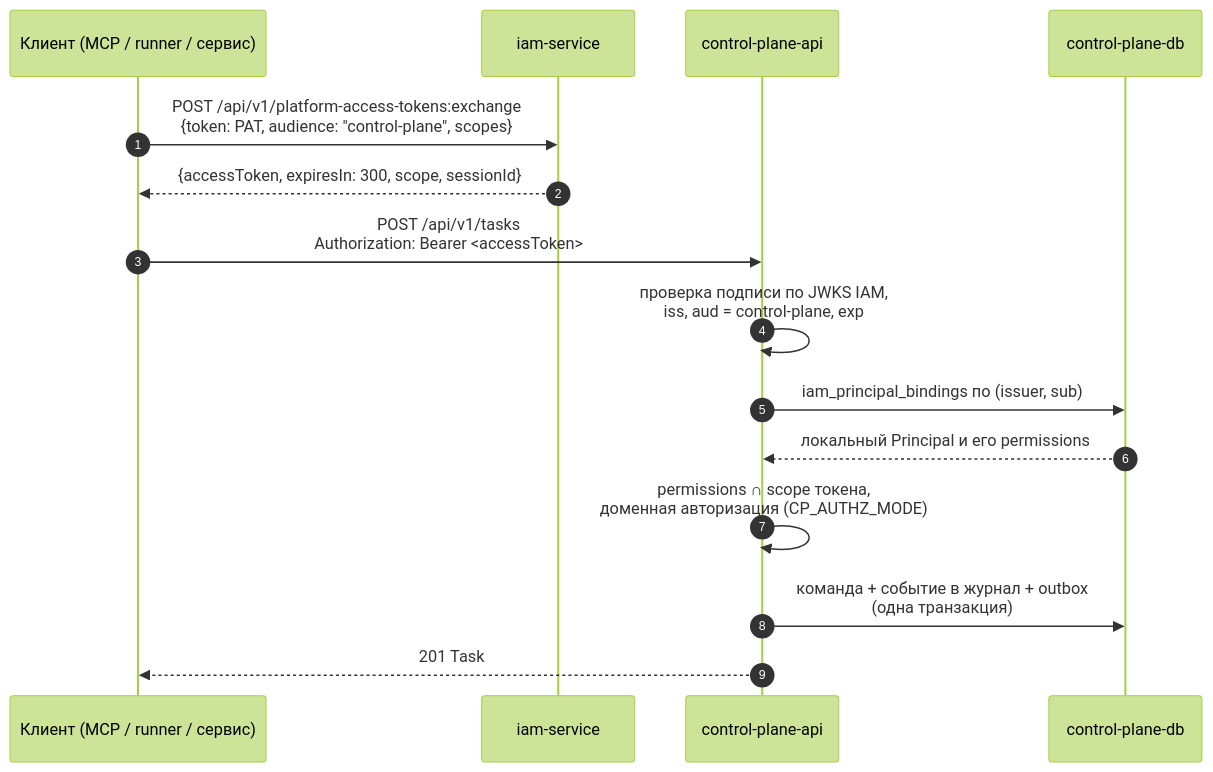
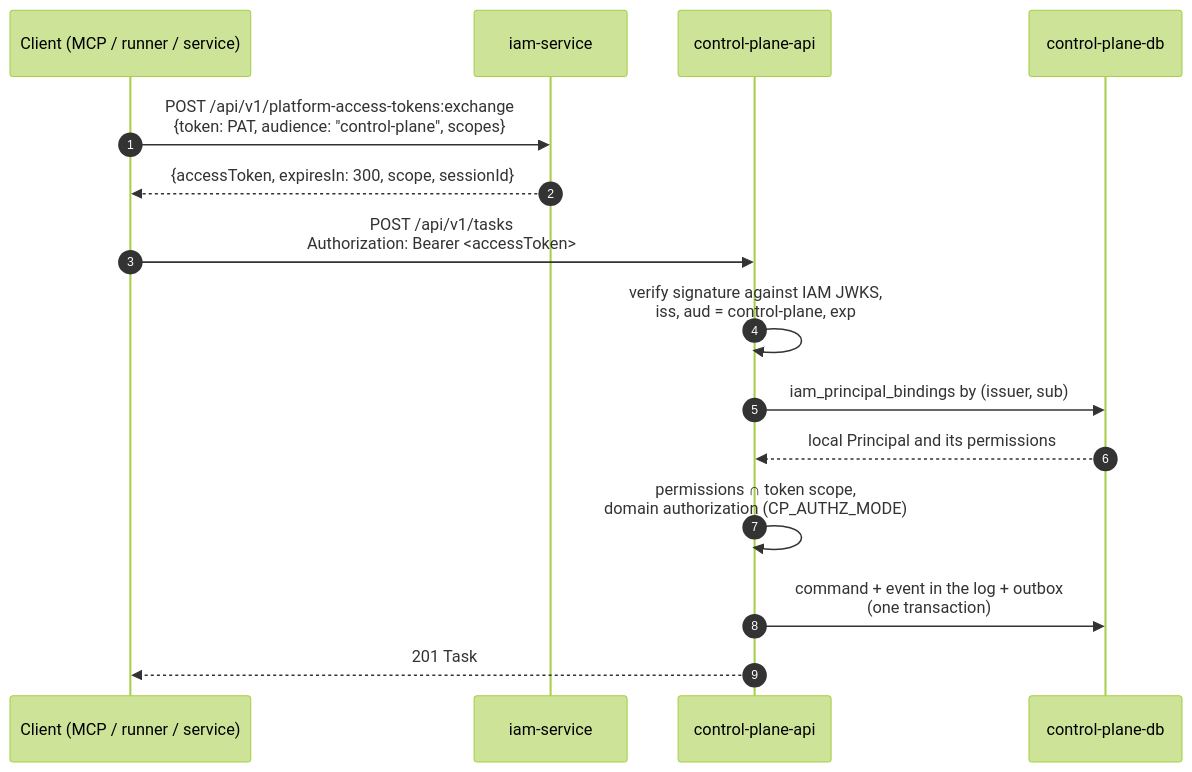
One commit to monthu56/taimen changed the second of 5 diagrams in guide/docs/overview/architecture.md. Above: the diagram before and after it, drawn with Mermaid (forest theme). The commit also changed other lines of this file and 183 other files, not shown here.

````diff
--- a/guide/docs/overview/architecture.md
+++ b/guide/docs/overview/architecture.md
@@ -134,18 +135,18 @@
 ```mermaid
 sequenceDiagram
     autonumber
-    participant C as Клиент (MCP / runner / сервис)
+    participant C as Client (MCP / runner / service)
     participant IAM as iam-service
     participant CP as control-plane-api
     participant DB as control-plane-db
 
     C->>IAM: POST /api/v1/platform-access-tokens:exchange<br/>{token: PAT, audience: "control-plane", scopes}
     IAM-->>C: {accessToken, expiresIn: 300, scope, sessionId}
     C->>CP: POST /api/v1/tasks<br/>Authorization: Bearer <accessToken>
-    CP->>CP: проверка подписи по JWKS IAM,<br/>iss, aud = control-plane, exp
-    CP->>DB: iam_principal_bindings по (issuer, sub)
-    DB-->>CP: локальный Principal и его permissions
-    CP->>CP: permissions ∩ scope токена,<br/>доменная авторизация (CP_AUTHZ_MODE)
-    CP->>DB: команда + событие в журнал + outbox<br/>(одна транзакция)
+    CP->>CP: verify signature against IAM JWKS,<br/>iss, aud = control-plane, exp
+    CP->>DB: iam_principal_bindings by (issuer, sub)
+    DB-->>CP: local Principal and its permissions
+    CP->>CP: permissions ∩ token scope,<br/>domain authorization (CP_AUTHZ_MODE)
+    CP->>DB: command + event in the log + outbox<br/>(one transaction)
     CP-->>C: 201 Task
 ```
````
